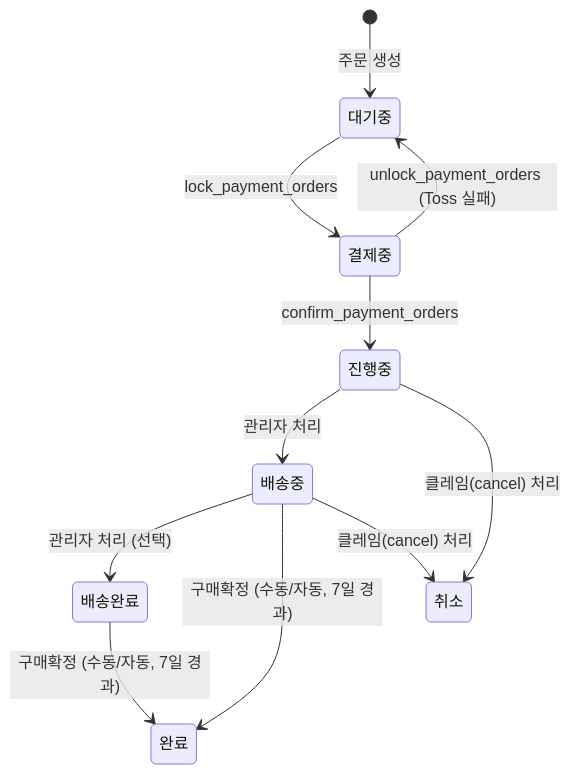
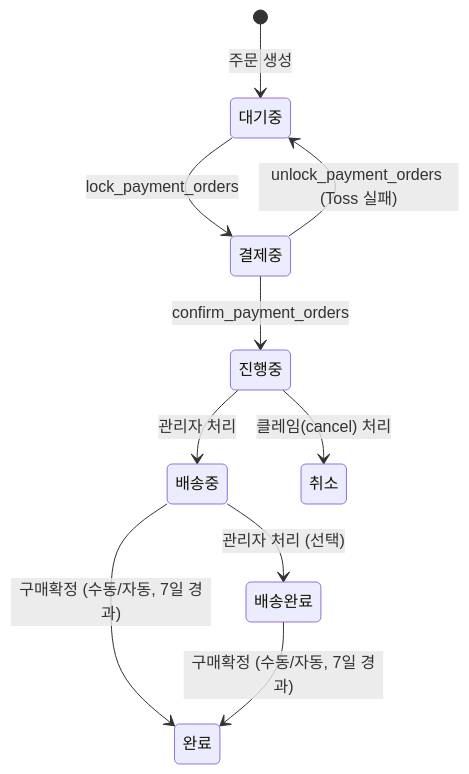
The diagram in docs/policies/processes/sale-process.md (Bongseop-Kim/YeongSeon), drawn with Mermaid before and after one commit. The commit also changed other lines of this file and 17 other files, not shown here.

````diff
--- a/docs/policies/processes/sale-process.md
+++ b/docs/policies/processes/sale-process.md
@@ -26,13 +32,12 @@
 ```mermaid
 stateDiagram-v2
     [*] --> 대기중 : 주문 생성
     대기중 --> 결제중 : lock_payment_orders
     결제중 --> 진행중 : confirm_payment_orders
     결제중 --> 대기중 : unlock_payment_orders (Toss 실패)
     진행중 --> 배송중 : 관리자 처리
     배송중 --> 배송완료 : 관리자 처리 (선택)
     배송중 --> 완료 : 구매확정 (수동/자동, 7일 경과)
     배송완료 --> 완료 : 구매확정 (수동/자동, 7일 경과)
     진행중 --> 취소 : 클레임(cancel) 처리
-    배송중 --> 취소 : 클레임(cancel) 처리
 ```
````
